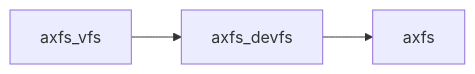
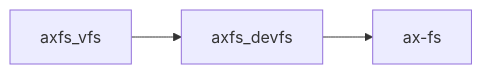
Before and after one commit to rcore-os/tgoskits: the diagram in docs/crates/axfs_devfs.md, drawn with Mermaid. The commit also changed other lines of this file and 67 other files, not shown here.

````diff
--- a/docs/crates/axfs_devfs.md
+++ b/docs/crates/axfs_devfs.md
@@ -77,6 +77,6 @@
 ```mermaid
 graph LR
     axfs_vfs["axfs_vfs"] --> current["axfs_devfs"]
 
-    current --> axfs["axfs"]
+    current --> ax-fs["ax-fs"]
 ```
````
